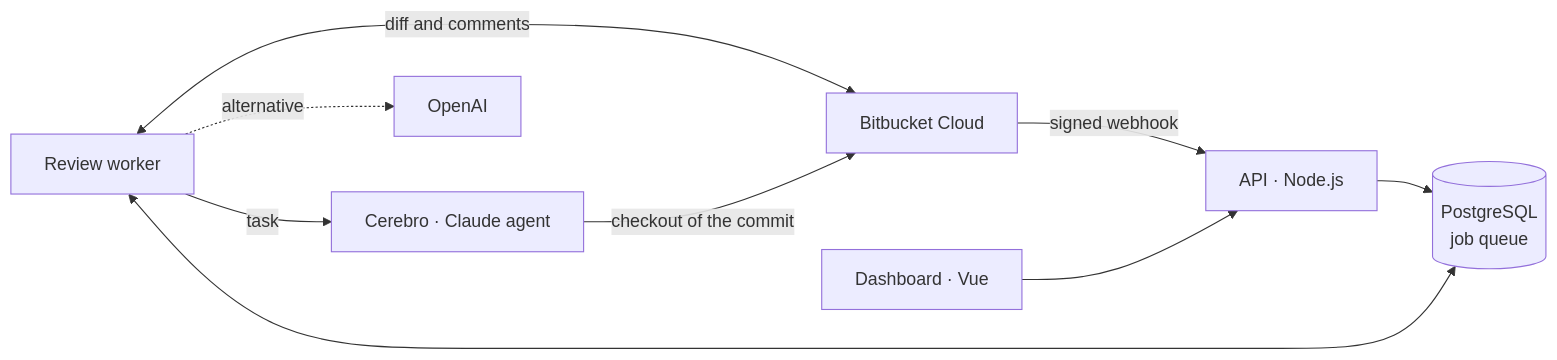
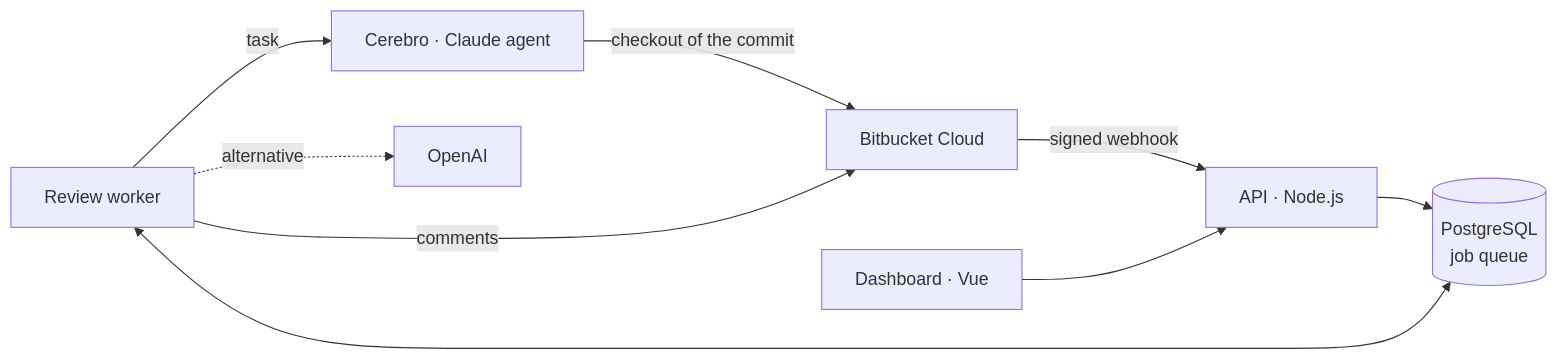
One commit to Dasge97/sancho changed the diagram in README.md. Above: the diagram before and after it, drawn with Mermaid. The commit also changed other lines of this file and 21 other files, not shown here.

````diff
--- a/README.md
+++ b/README.md
@@ -133,11 +87,11 @@
 ```mermaid
 flowchart LR
     BB["Bitbucket Cloud"] -->|signed webhook| API["API · Node.js"]
     Panel["Dashboard · Vue"] --> API
     API --> DB[("PostgreSQL<br>job queue")]
     Worker["Review worker"] <--> DB
-    Worker <-->|diff and comments| BB
     Worker -->|task| Brain["Cerebro · Claude agent"]
     Brain -->|checkout of the commit| BB
+    Worker -->|comments| BB
     Worker -.->|alternative| AI["OpenAI"]
 ```
````
